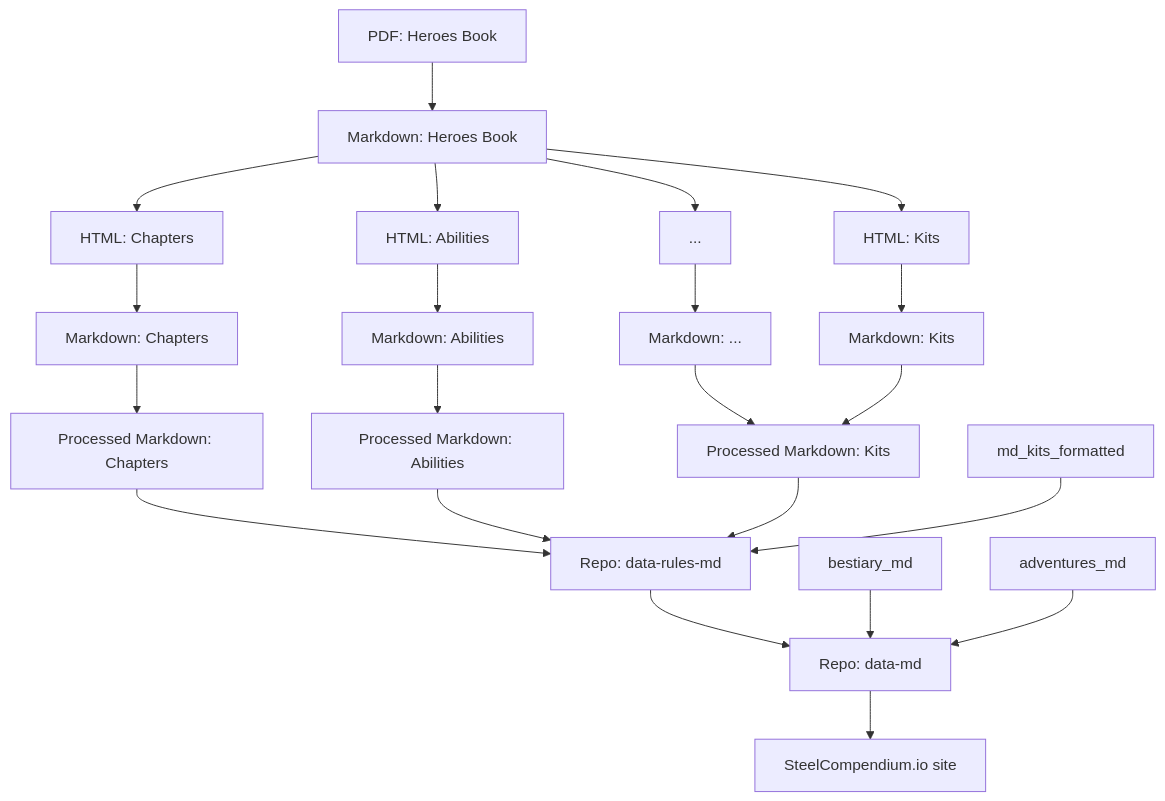
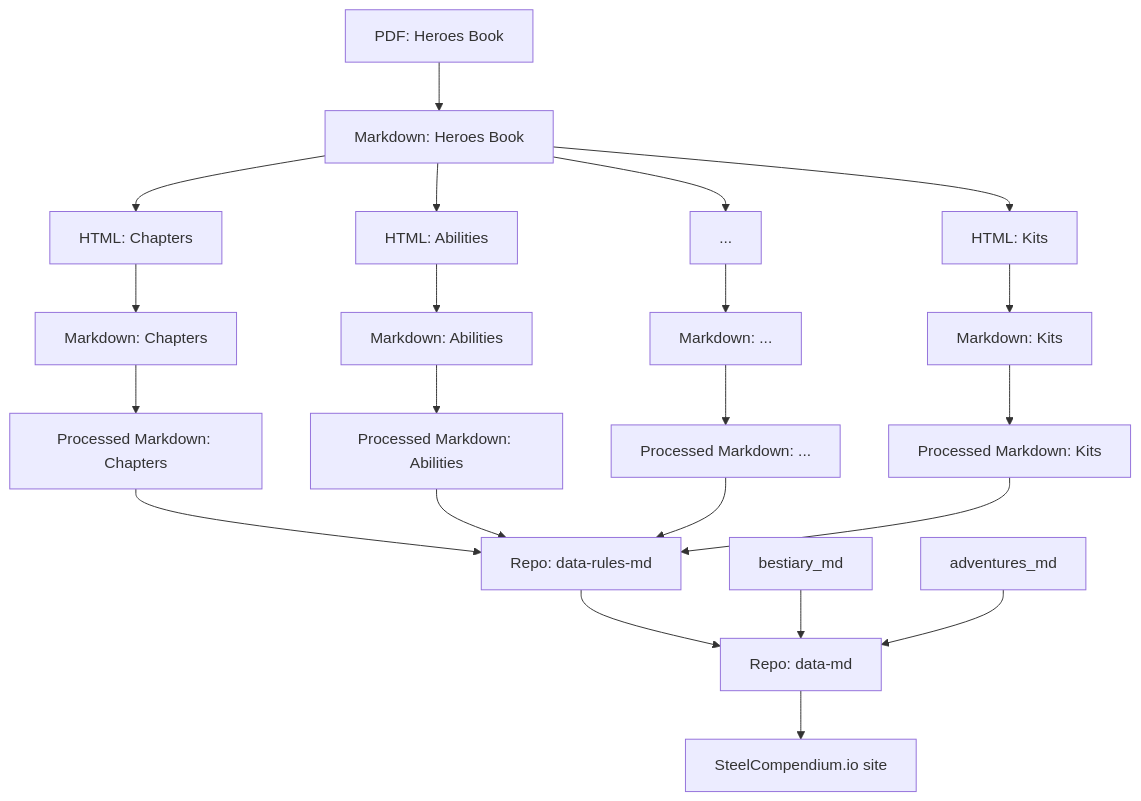
The diagram in README.md (SteelCompendium/data-gen), drawn with Mermaid before and after one commit.

Commit message:
Updating diagram

````diff
--- a/README.md
+++ b/README.md
@@ -10,30 +10,30 @@
 ```mermaid
 flowchart TB
     pdf["PDF: Heroes Book"] --> markdown["Markdown: Heroes Book"]
     
     markdown --> html_chapters["HTML: Chapters"]
     markdown --> html_abilities["HTML: Abilities"]
     markdown --> html_dots["..."]
     markdown --> html_kits["HTML: Kits"]
     
     html_chapters --> md_chapters["Markdown: Chapters"]
     html_abilities --> md_abilities["Markdown: Abilities"]
     html_dots --> md_dots["Markdown: ..."]
     html_kits --> md_kits["Markdown: Kits"]
     
     md_chapters --> md_chapters_formatted["Processed Markdown: Chapters"]
     md_abilities --> md_abilities_formatted["Processed Markdown: Abilities"]
     md_dots --> md_dots_formatted["Processed Markdown: ..."]
-    md_kits --> md_dots_formatted["Processed Markdown: Kits"]
+    md_kits --> md_kits_formatted["Processed Markdown: Kits"]
     
     md_chapters_formatted --> rules_md["Repo: data-rules-md"]
     md_abilities_formatted --> rules_md["Repo: data-rules-md"]
     md_dots_formatted --> rules_md["Repo: data-rules-md"]
     md_kits_formatted --> rules_md["Repo: data-rules-md"]
     
     rules_md --> data_md["Repo: data-md"]
     bestiary_md --> data_md["Repo: data-md"]
     adventures_md --> data_md["Repo: data-md"]
 
     data_md --> sc_site["SteelCompendium.io site"]
 ```
````
